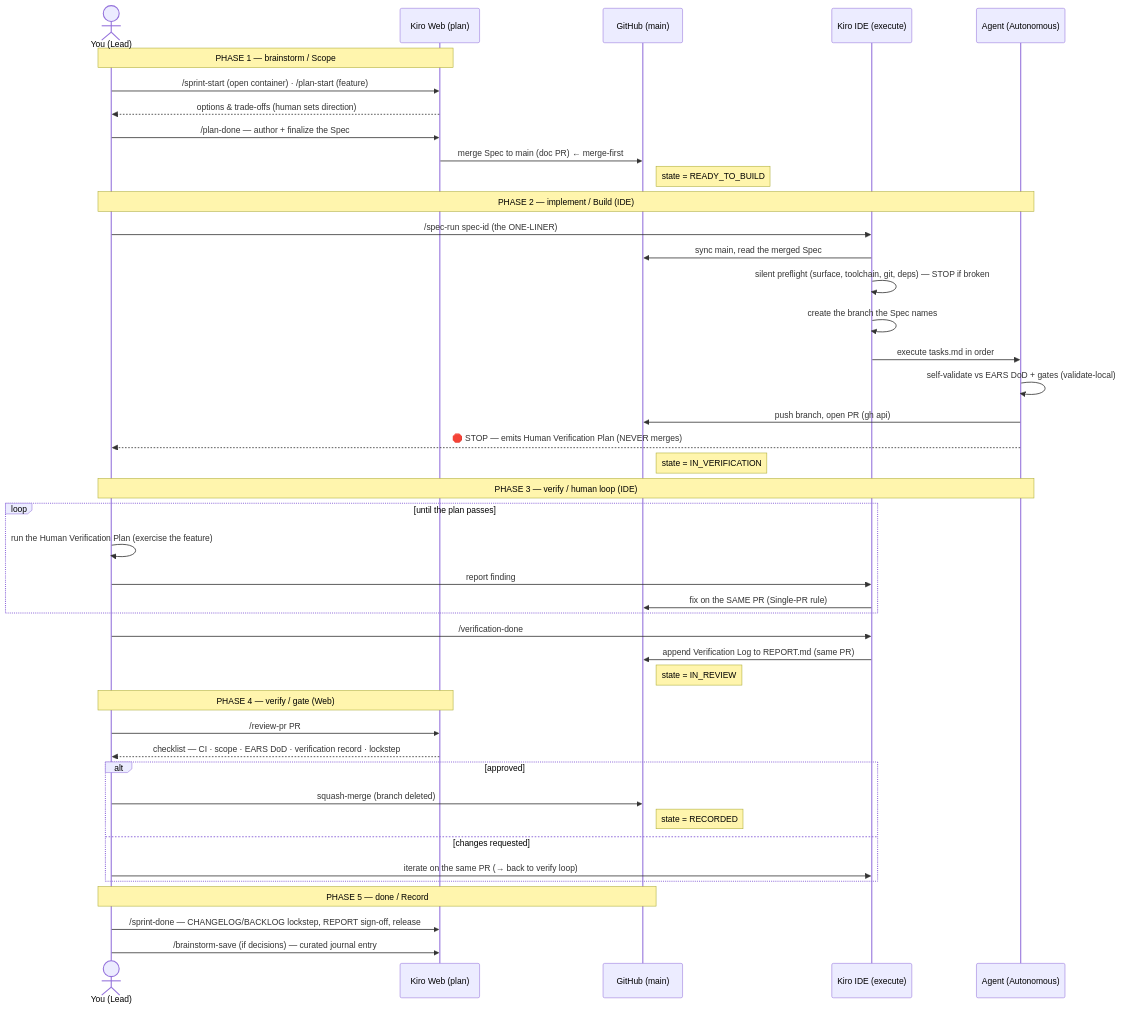
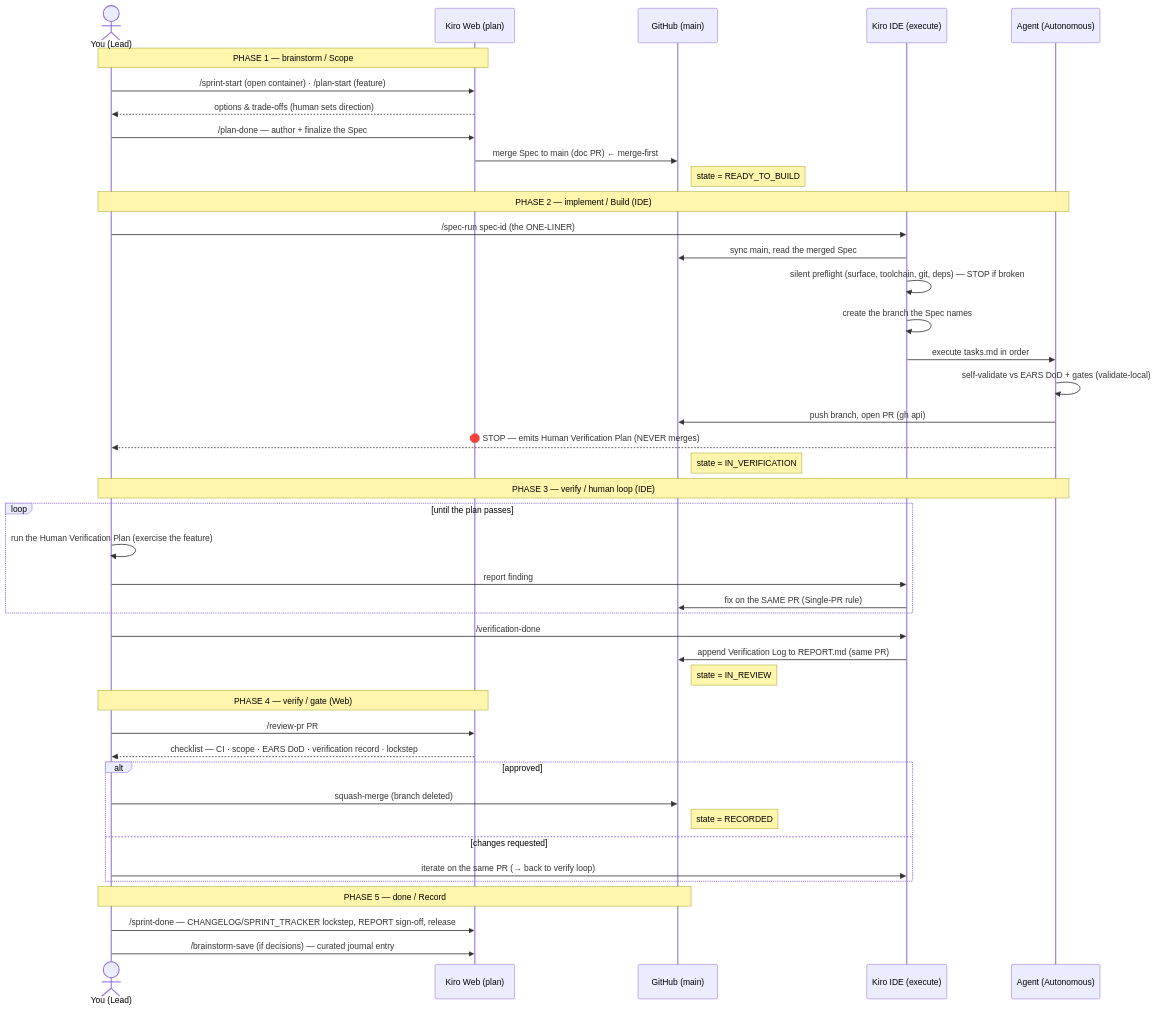
One commit to agni-eialarasu/cetana-labs changed the second of 3 diagrams in docs/sprint-lifecycle.md. Above: the diagram before and after it, drawn with Mermaid. The commit also changed other lines of this file and 9 other files, not shown here.

First line of the commit message:
feat(governance): split SPRINT_TRACKER.md from BACKLOG.md — three-tier tracking model (TSK-051, RFC-LAB-000-010)

````diff
--- a/docs/sprint-lifecycle.md
+++ b/docs/sprint-lifecycle.md
@@ -70,50 +71,50 @@
 ```mermaid
 sequenceDiagram
     actor Human as You (Lead)
     participant Web as Kiro Web (plan)
     participant GH as GitHub (main)
     participant IDE as Kiro IDE (execute)
     participant Agent as Agent (Autonomous)
 
     Note over Human,Web: PHASE 1 — brainstorm / Scope
     Human->>Web: /sprint-start (open container) · /plan-start (feature)
     Web-->>Human: options & trade-offs (human sets direction)
     Human->>Web: /plan-done — author + finalize the Spec
     Web->>GH: merge Spec to main (doc PR)  ← merge-first
     Note right of GH: state = READY_TO_BUILD
 
     Note over Human,Agent: PHASE 2 — implement / Build (IDE)
     Human->>IDE: /spec-run spec-id   (the ONE-LINER)
     IDE->>GH: sync main, read the merged Spec
     IDE->>IDE: silent preflight (surface, toolchain, git, deps) — STOP if broken
     IDE->>IDE: create the branch the Spec names
     IDE->>Agent: execute tasks.md in order
     Agent->>Agent: self-validate vs EARS DoD + gates (validate-local)
     Agent->>GH: push branch, open PR (gh api)
     Agent-->>Human: 🛑 STOP — emits Human Verification Plan (NEVER merges)
     Note right of GH: state = IN_VERIFICATION
 
     Note over Human,Agent: PHASE 3 — verify / human loop (IDE)
     loop until the plan passes
         Human->>Human: run the Human Verification Plan (exercise the feature)
         Human->>IDE: report finding
         IDE->>GH: fix on the SAME PR (Single-PR rule)
     end
     Human->>IDE: /verification-done
     IDE->>GH: append Verification Log to REPORT.md (same PR)
     Note right of GH: state = IN_REVIEW
 
     Note over Human,Web: PHASE 4 — verify / gate (Web)
     Human->>Web: /review-pr PR
     Web-->>Human: checklist — CI · scope · EARS DoD · verification record · lockstep
     alt approved
         Human->>GH: squash-merge (branch deleted)
         Note right of GH: state = RECORDED
     else changes requested
         Human->>IDE: iterate on the same PR (→ back to verify loop)
     end
 
     Note over Human,GH: PHASE 5 — done / Record
-    Human->>Web: /sprint-done — CHANGELOG/BACKLOG lockstep, REPORT sign-off, release
+    Human->>Web: /sprint-done — CHANGELOG/SPRINT_TRACKER lockstep, REPORT sign-off, release
     Human->>Web: /brainstorm-save (if decisions) — curated journal entry
 ```
````
